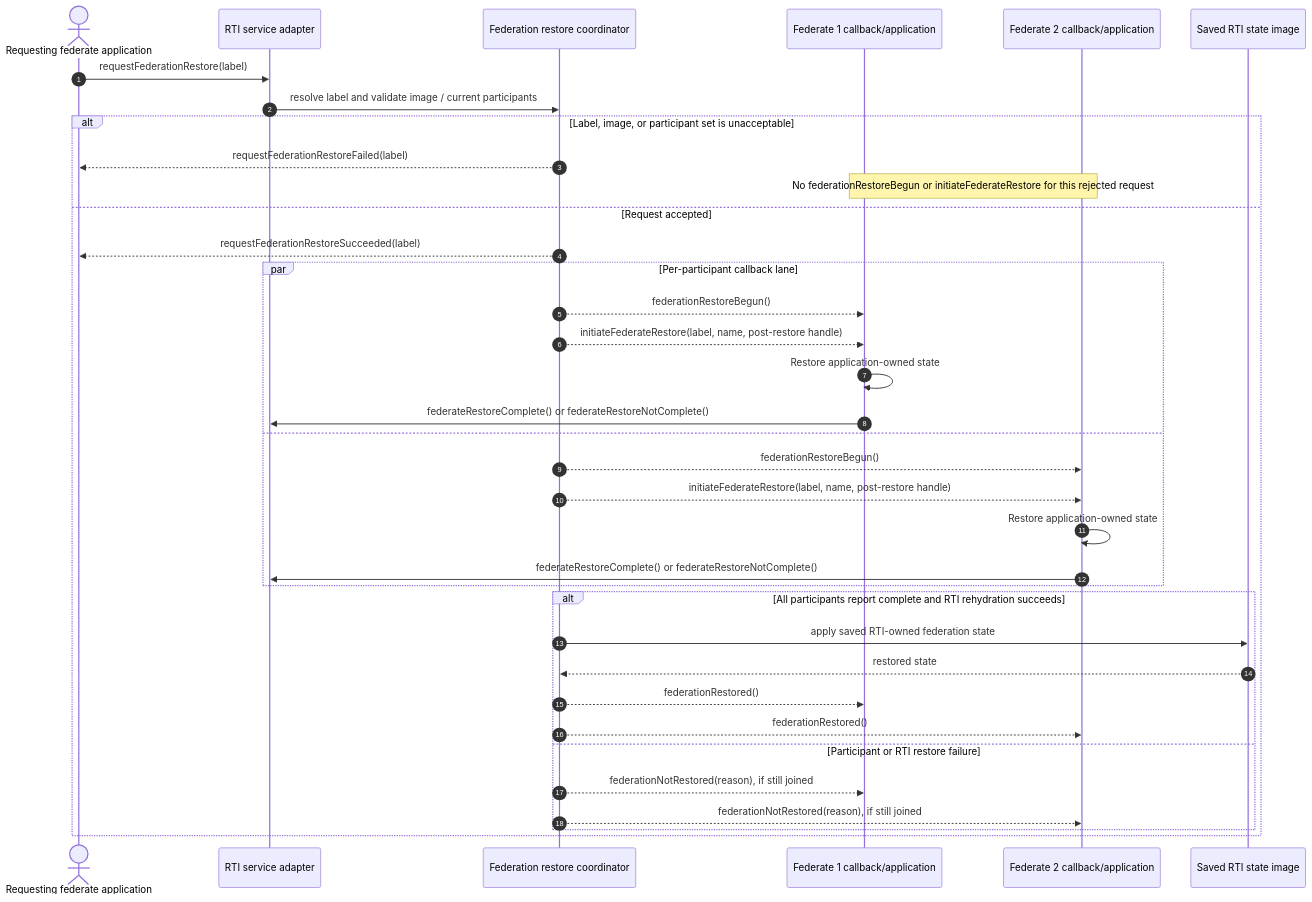
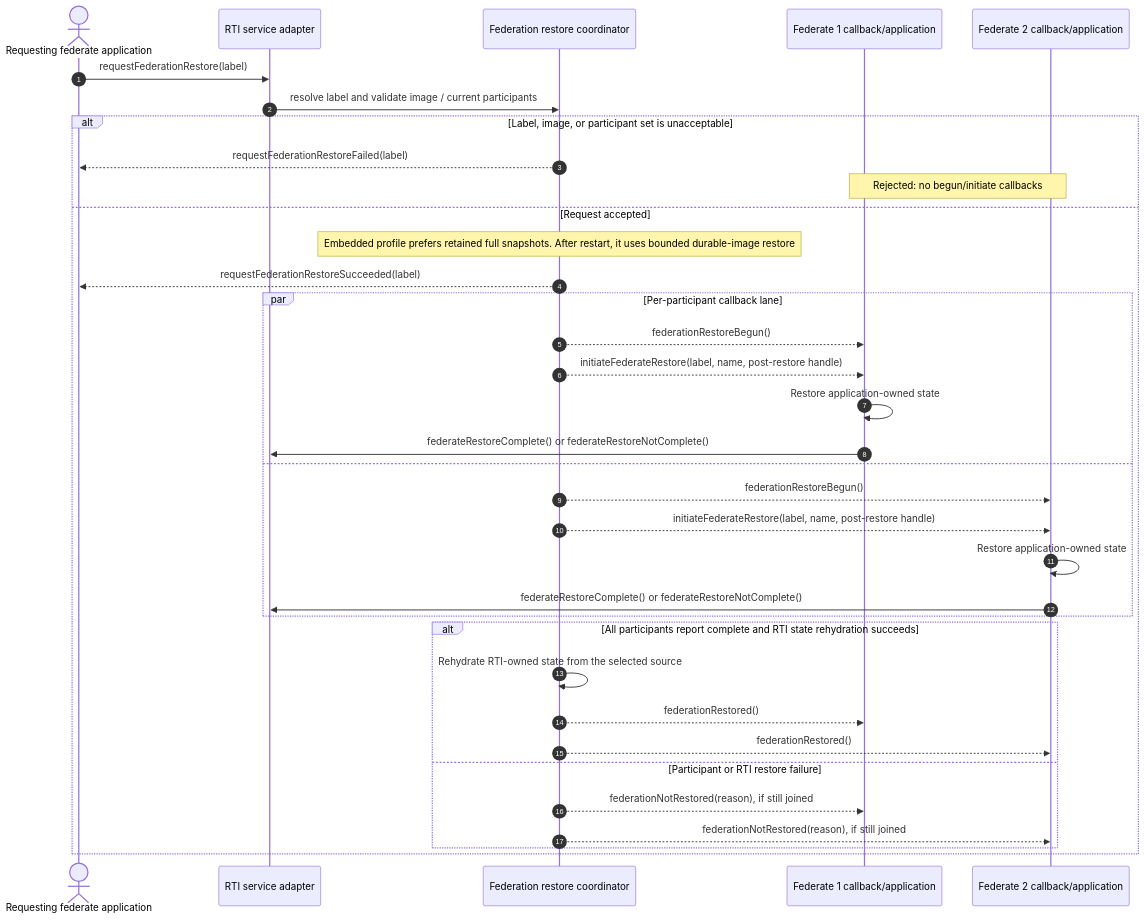
One commit to sheepfling/umbra changed the fifth of 6 diagrams in docs/design/HLA-2025-FEDERATION-SAVE-RESTORE-FLOW-GUIDE.md. Above: the diagram before and after it, drawn with Mermaid. The commit also changed other lines of this file and 72 other files, not shown here.

````diff
--- a/docs/design/HLA-2025-FEDERATION-SAVE-RESTORE-FLOW-GUIDE.md
+++ b/docs/design/HLA-2025-FEDERATION-SAVE-RESTORE-FLOW-GUIDE.md
@@ -178,39 +285,38 @@
 ```mermaid
 sequenceDiagram
   autonumber
   actor App as Requesting federate application
   participant RTI as RTI service adapter
   participant Coord as Federation restore coordinator
   participant P1 as Federate 1 callback/application
   participant P2 as Federate 2 callback/application
-  participant Image as Saved RTI state image
 
   App->>RTI: requestFederationRestore(label)
   RTI->>Coord: resolve label and validate image / current participants
   alt Label, image, or participant set is unacceptable
     Coord-->>App: requestFederationRestoreFailed(label)
-    Note over P1,P2: No federationRestoreBegun or initiateFederateRestore for this rejected request
+    Note over P1,P2: Rejected: no begun/initiate callbacks
   else Request accepted
+    Note over Coord: Embedded profile prefers retained full snapshots. After restart, it uses bounded durable-image restore
     Coord-->>App: requestFederationRestoreSucceeded(label)
     par Per-participant callback lane
       Coord-->>P1: federationRestoreBegun()
       Coord-->>P1: initiateFederateRestore(label, name, post-restore handle)
       P1->>P1: Restore application-owned state
       P1->>RTI: federateRestoreComplete() or federateRestoreNotComplete()
     and
       Coord-->>P2: federationRestoreBegun()
       Coord-->>P2: initiateFederateRestore(label, name, post-restore handle)
       P2->>P2: Restore application-owned state
       P2->>RTI: federateRestoreComplete() or federateRestoreNotComplete()
     end
-    alt All participants report complete and RTI rehydration succeeds
-      Coord->>Image: apply saved RTI-owned federation state
-      Image-->>Coord: restored state
+    alt All participants report complete and RTI state rehydration succeeds
+      Coord->>Coord: Rehydrate RTI-owned state from the selected source
       Coord-->>P1: federationRestored()
       Coord-->>P2: federationRestored()
     else Participant or RTI restore failure
       Coord-->>P1: federationNotRestored(reason), if still joined
       Coord-->>P2: federationNotRestored(reason), if still joined
     end
   end
 ```
````
